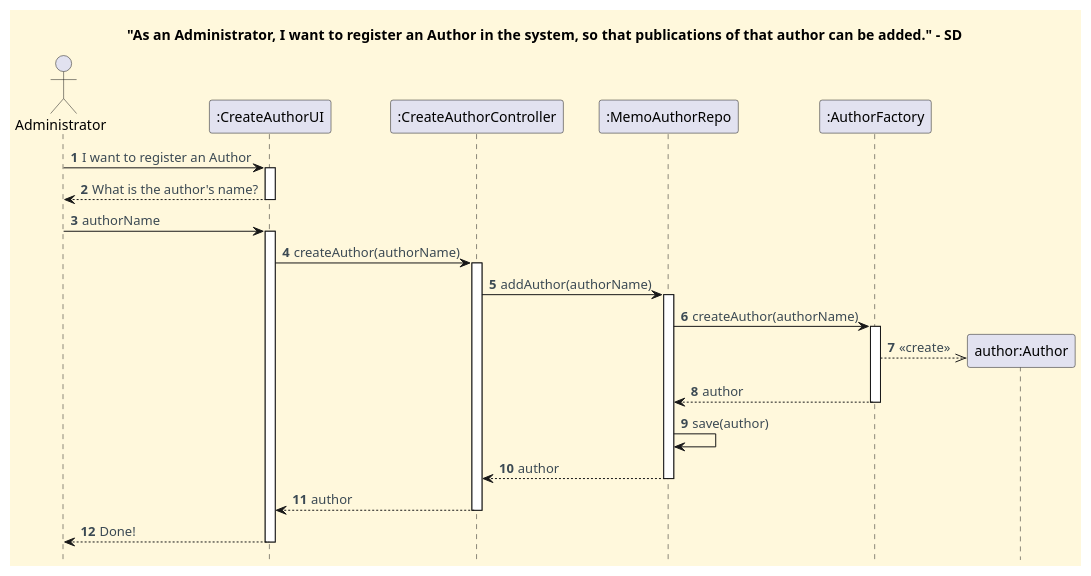
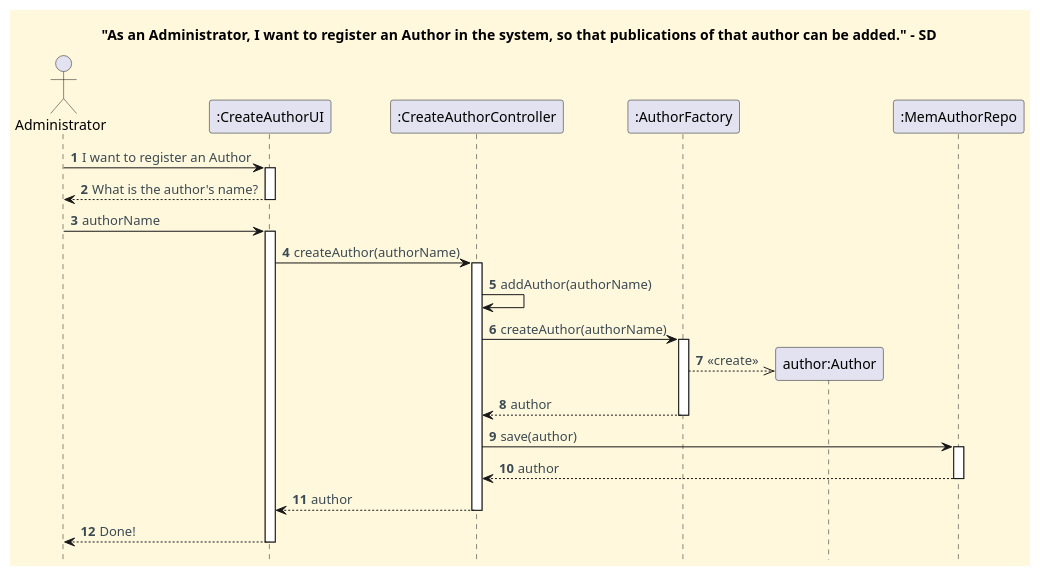
The diagram in docs/functionalities/admin/register-author/To_Register_An_Author_SD.puml (CarolinaLeite-collab/JavaMarketplacePlatform), drawn with PlantUML before and after one commit. The commit also changed 1 other file, not shown here.

Commit message:
docs: updated AddAuthor method usage from Repository to CreateAuthorController in SD and CD diagrams - closes #602

```diff
--- a/docs/functionalities/admin/register-author/To_Register_An_Author_SD.puml
+++ b/docs/functionalities/admin/register-author/To_Register_An_Author_SD.puml
@@ -1,60 +1,60 @@
 @startuml
 '==== Title ====
 title "As an Administrator, I want to register an Author in the system, so that publications of that author can be added." - SD
 
 
 '==== basic style ====
 skinparam monochrome false
 skinparam shadowing false
 skinparam defaultFontName Futura
 skinparam objectFontSize 20
 skinparam backgroundColor CornSilk
 skinparam objectBackgroundColor WhiteSmoke
 skinparam noteBackgroundColor #FFFFE0
 skinparam ArrowFontColor #3B4953
 skinparam ActivationBackgroundColor black
 hidefootbox
 autonumber
 autoactivate off
 
 
 ' ==== Actor and participants ====
 actor Administrator
 
 
 '==== UI interaction ====
 Administrator -> ":CreateAuthorUI": I want to register an Author
 activate ":CreateAuthorUI"
 
 ":CreateAuthorUI" --> Administrator: What is the author's name?
 deactivate ":CreateAuthorUI"
 
 Administrator -> ":CreateAuthorUI": authorName
 activate ":CreateAuthorUI"
 
 ":CreateAuthorUI" -> ":CreateAuthorController": createAuthor(authorName)
 
 activate ":CreateAuthorController"
-":CreateAuthorController"-> ":MemoAuthorRepo": addAuthor(authorName)
+":CreateAuthorController"-> ":CreateAuthorController": addAuthor(authorName)
 
-activate ":MemoAuthorRepo"
-":MemoAuthorRepo" -> ":AuthorFactory": createAuthor(authorName)
+":CreateAuthorController" -> ":AuthorFactory": createAuthor(authorName)
 
 activate ":AuthorFactory"
 create "author:Author"
 ":AuthorFactory" -->> "author:Author": <<create>>
-":AuthorFactory" --> ":MemoAuthorRepo": author
+":AuthorFactory" --> ":CreateAuthorController": author
 deactivate ":AuthorFactory"
-":MemoAuthorRepo" -> ":MemoAuthorRepo": save(author)
 
+":CreateAuthorController" -> ":MemAuthorRepo": save(author)
+activate ":MemAuthorRepo"
 
-":MemoAuthorRepo" --> ":CreateAuthorController": author
-deactivate ":MemoAuthorRepo"
+":MemAuthorRepo" --> ":CreateAuthorController": author
+deactivate ":MemAuthorRepo"
 
 ":CreateAuthorController" --> ":CreateAuthorUI": author
 deactivate ":CreateAuthorController"
 
 ":CreateAuthorUI" --> Administrator: Done!
 deactivate ":CreateAuthorUI"
 
 @enduml
```
